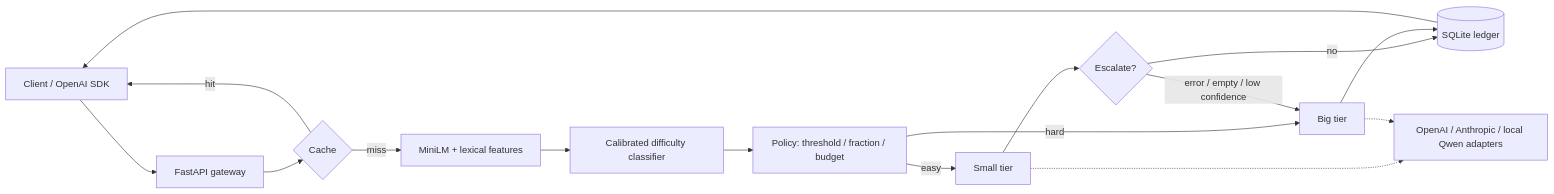
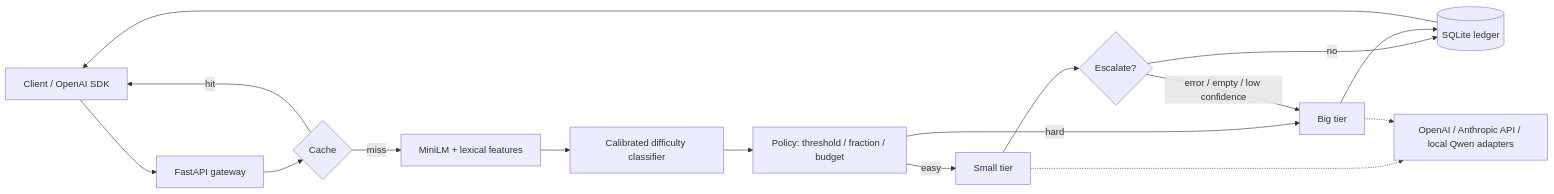
The diagram in README.md (Aditya2616/ModelRouter), drawn with Mermaid before and after one commit. The commit also changed other lines of this file and 27 other files, not shown here.

````diff
--- a/README.md
+++ b/README.md
@@ -16,17 +18,17 @@
 ```mermaid
 flowchart LR
   C[Client / OpenAI SDK] --> G[FastAPI gateway]
   G --> K{Cache}
   K -- hit --> C
   K -- miss --> F[MiniLM + lexical features]
   F --> R[Calibrated difficulty classifier]
   R --> P[Policy: threshold / fraction / budget]
   P -- easy --> S[Small tier]
   P -- hard --> B[Big tier]
   S --> E{Escalate?}
   E -- no --> L[(SQLite ledger)]
   E -- error / empty / low confidence --> B
   B --> L
   L --> C
-  S & B -.-> A[OpenAI / Anthropic / local Qwen adapters]
+  S & B -.-> A[OpenAI / Anthropic API / local Qwen adapters]
 ```
````
